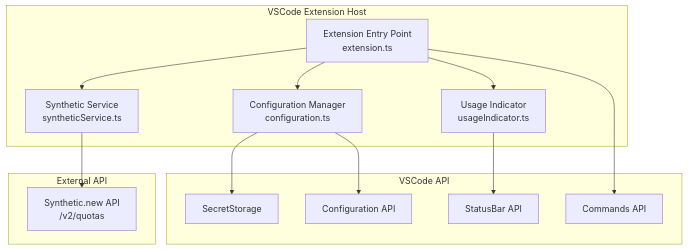
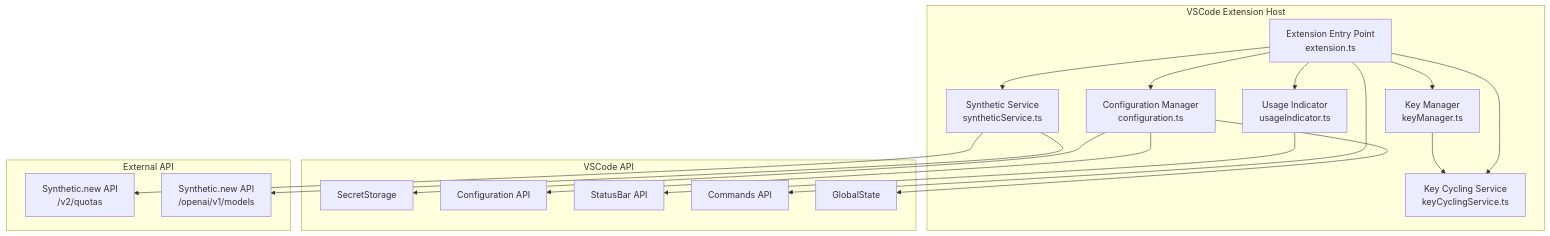
The first of 6 diagrams in docs/architecture.md (AppliedEllipsis/synthetic-usage-tracker), drawn with Mermaid before and after one commit. The commit also changed other lines of this file and 17 other files, not shown here.

First line of the commit message:
~ [ add multi-key cycling infrastructure and features ]:

````diff
--- a/docs/architecture.md
+++ b/docs/architecture.md
@@ -11,29 +11,38 @@
 ```mermaid
 graph TB
     subgraph VSCode Extension Host
         A[Extension Entry Point<br/>extension.ts]
         B[Configuration Manager<br/>configuration.ts]
         C[Synthetic Service<br/>syntheticService.ts]
         D[Usage Indicator<br/>usageIndicator.ts]
+        E[Key Manager<br/>keyManager.ts]
+        F[Key Cycling Service<br/>keyCyclingService.ts]
     end
 
     subgraph VSCode API
-        E[SecretStorage]
-        F[Configuration API]
-        G[StatusBar API]
-        H[Commands API]
+        G[SecretStorage]
+        H[Configuration API]
+        I[StatusBar API]
+        J[Commands API]
+        K[GlobalState]
     end
 
     subgraph External API
-        I[Synthetic.new API<br/>/v2/quotas]
+        L[Synthetic.new API<br/>/v2/quotas]
+        M[Synthetic.new API<br/>/openai/v1/models]
     end
 
     A --> B
     A --> C
     A --> D
-    B --> E
-    B --> F
-    D --> G
-    A --> H
-    C --> I
+    A --> E
+    A --> F
+    B --> G
+    B --> H
+    B --> K
+    D --> I
+    A --> J
+    C --> L
+    C --> M
+    E --> F
 ```
````
